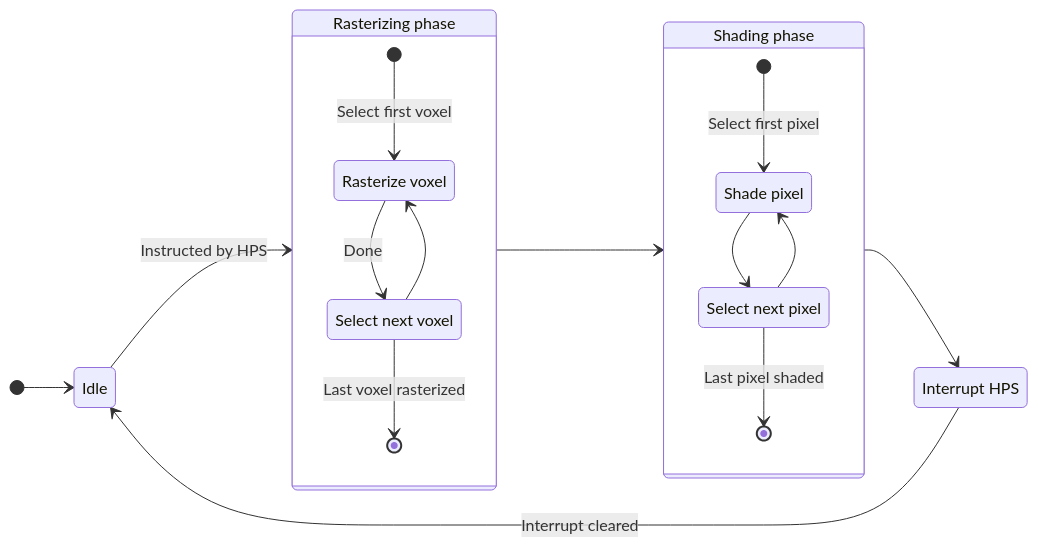
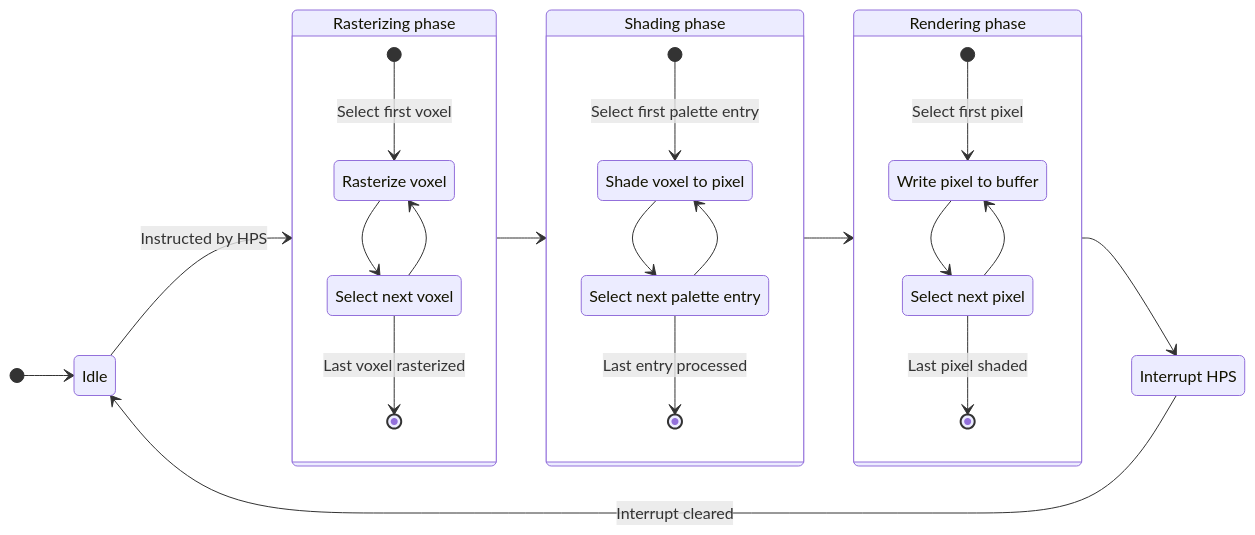
One commit to Kenny2github/voxel-gpu changed the diagram in hardware/docs/gpu_controller.md. Above: the diagram before and after it, drawn with Mermaid.

Commit message:
Account for palette processing in gpu_controller.md

````diff
--- a/hardware/docs/gpu_controller.md
+++ b/hardware/docs/gpu_controller.md
@@ -1,30 +1,42 @@
 ```mermaid
 stateDiagram-v2
     direction LR
     idle: Idle
+    %% metastates
     rasterizing: Rasterizing phase
     shading: Shading phase
+    writeout: Rendering phase
+    %% end metastates
     rasterize: Rasterize voxel
     next_voxel: Select next voxel
-    shade: Shade pixel
+    shade: Shade voxel to pixel
+    next_entry: Select next palette entry
+    write: Write pixel to buffer
     next_pixel: Select next pixel
     interrupt: Interrupt HPS
 
     [*] --> idle
     idle --> rasterizing: Instructed by HPS
     state rasterizing {
         [*] --> rasterize: Select first voxel
-        rasterize --> next_voxel: Done
+        rasterize --> next_voxel
         next_voxel --> rasterize
         next_voxel --> [*]: Last voxel rasterized
     }
     rasterizing --> shading
     state shading {
-        [*] --> shade: Select first pixel
-        shade --> next_pixel
-        next_pixel --> shade
+        [*] --> shade: Select first palette entry
+        shade --> next_entry
+        next_entry --> shade
+        next_entry --> [*]: Last entry processed
+    }
+    shading --> writeout
+    state writeout {
+        [*] --> write: Select first pixel
+        write --> next_pixel
+        next_pixel --> write
         next_pixel --> [*]: Last pixel shaded
     }
-    shading --> interrupt
+    writeout --> interrupt
     interrupt --> idle: Interrupt cleared
 ```
````
